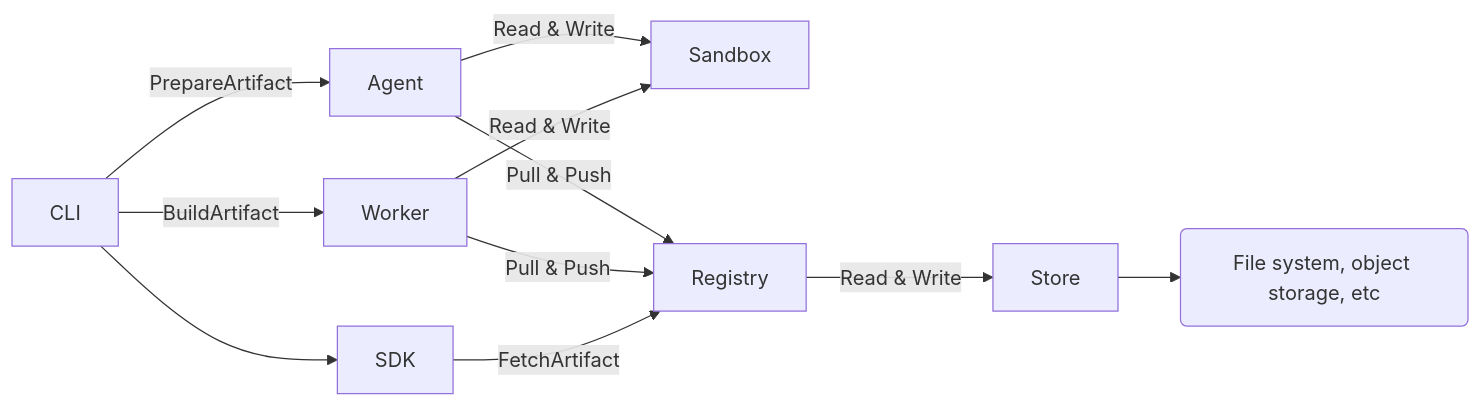
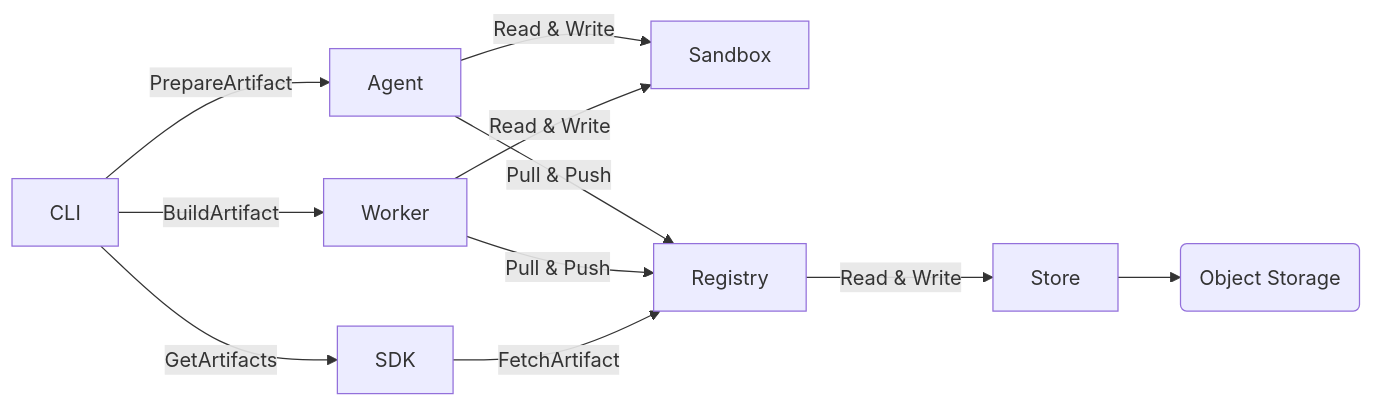
The diagram in README.md (ALT-F4-LLC/vorpal), drawn with Mermaid before and after one commit. The commit also changed other lines of this file, not shown here.

````diff
--- a/README.md
+++ b/README.md
@@ -21,14 +21,14 @@
 ```mermaid
 flowchart LR
   Agent -- "Read & Write" --> Sandbox
   Agent -- "Pull & Push" --> Registry
   Registry -- "Read & Write" --> Store
   Worker -- "Read & Write" --> Sandbox
   Worker -- "Pull & Push" --> Registry
 
-  CLI --> SDK
+  CLI -- "GetArtifacts" --> SDK
   SDK -- "FetchArtifact" --> Registry
   CLI -- "PrepareArtifact" --> Agent
   CLI -- "BuildArtifact" --> Worker
-  Store --> Storage(File system, object storage, etc)
+  Store --> ObjectStorage(Object Storage)
 ```
````
